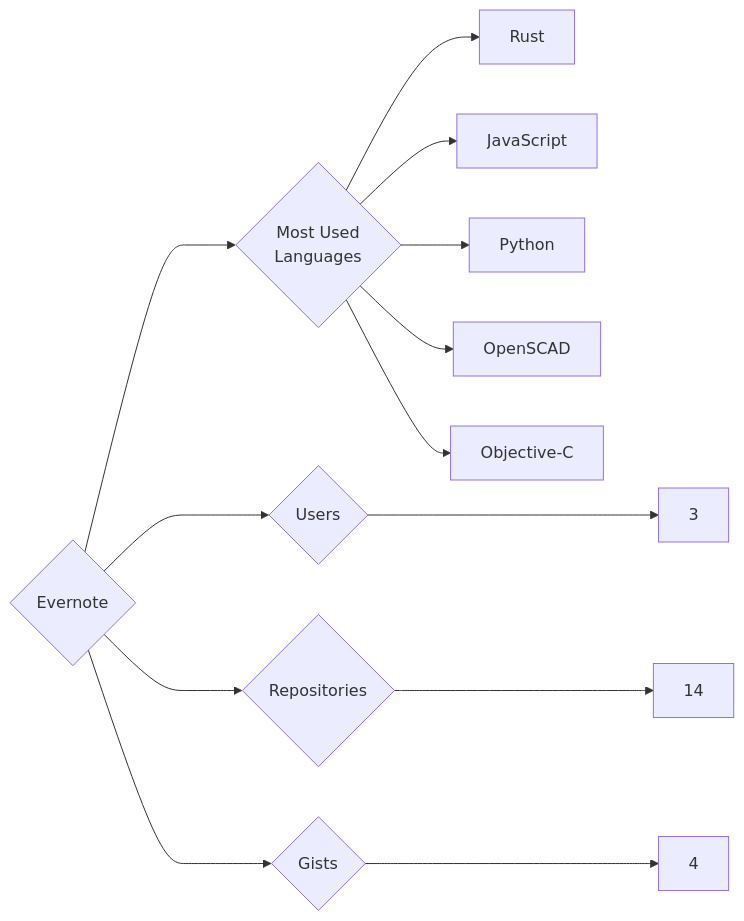
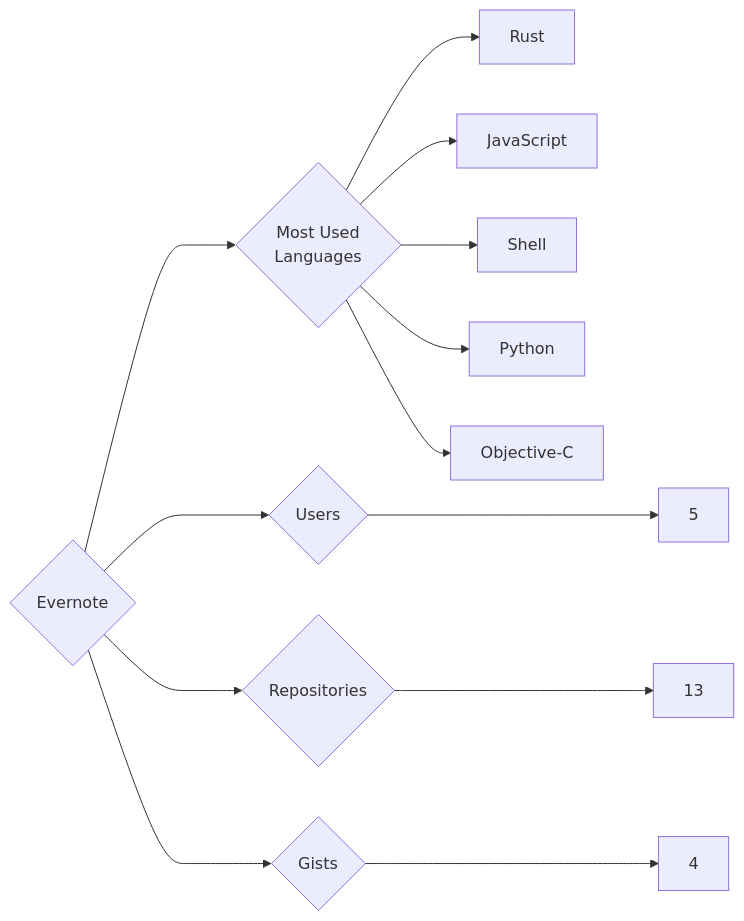
One commit to trickest/insiders changed the diagram in targets/Evernote/README.md. Above: the diagram before and after it, drawn with Mermaid. The commit also changed 872 other files, not shown here.

````diff
--- a/targets/Evernote/README.md
+++ b/targets/Evernote/README.md
@@ -3,13 +3,13 @@
 ```mermaid
 graph LR
 COMPANY_NAME{Evernote}
-COMPANY_NAME ---> U{Users} ---> UN[3]
-COMPANY_NAME ---> R{Repositories} ---> RN[14]
+COMPANY_NAME ---> U{Users} ---> UN[5]
+COMPANY_NAME ---> R{Repositories} ---> RN[13]
 COMPANY_NAME ---> G{Gists} ---> GN[4]
 COMPANY_NAME ---> ML{Most Used<br>Languages}
 ML --> Rust[Rust]
 ML --> JavaScript[JavaScript]
+ML --> Shell[Shell]
 ML --> Python[Python]
-ML --> OpenSCAD[OpenSCAD]
 ML --> Objective-C[Objective-C]
 ```
````
